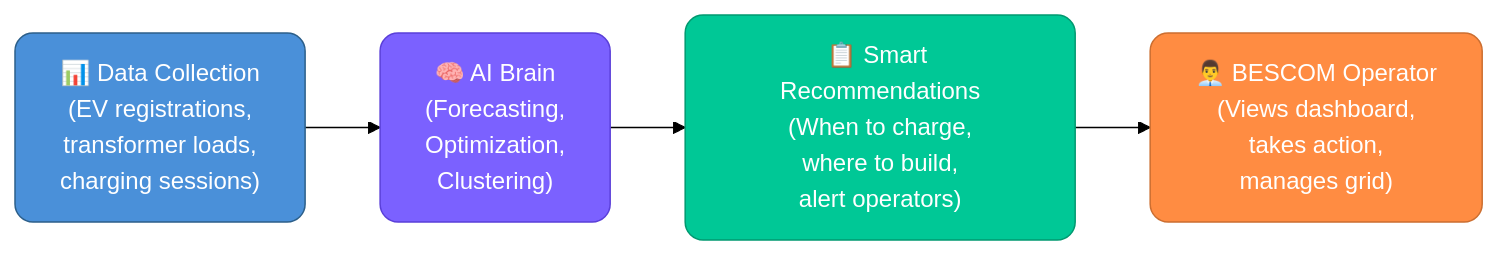
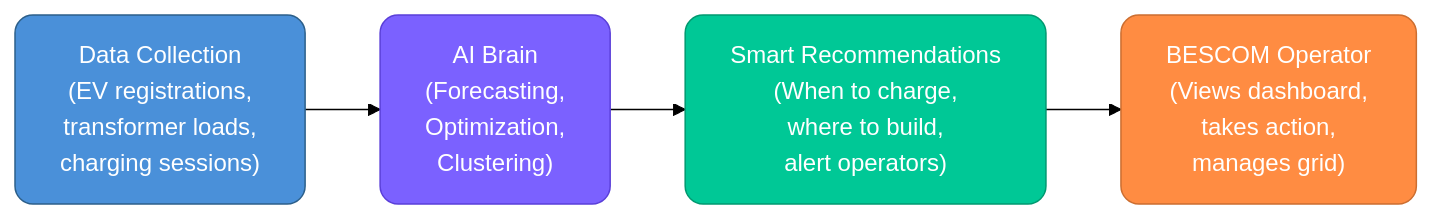
One commit to AbhimanRajCoder/VOLTARIS-AI changed the first of 9 diagrams in README.md. Above: the diagram before and after it, drawn with Mermaid (forest theme). The commit also changed other lines of this file, not shown here.

````diff
--- a/README.md
+++ b/README.md
@@ -71,11 +73,11 @@
 ```mermaid
 flowchart LR
-    A["📊 Data Collection\n(EV registrations,\ntransformer loads,\ncharging sessions)"] --> B["🧠 AI Brain\n(Forecasting,\nOptimization,\nClustering)"]
-    B --> C["📋 Smart Recommendations\n(When to charge,\nwhere to build,\nalert operators)"]
-    C --> D["👨‍💼 BESCOM Operator\n(Views dashboard,\ntakes action,\nmanages grid)"]
+  A[" Data Collection\n(EV registrations,\ntransformer loads,\ncharging sessions)"] --> B[" AI Brain\n(Forecasting,\nOptimization,\nClustering)"]
+  B --> C[" Smart Recommendations\n(When to charge,\nwhere to build,\nalert operators)"]
+  C --> D[" BESCOM Operator\n(Views dashboard,\ntakes action,\nmanages grid)"]
 
-    style A fill:#4A90D9,stroke:#2C5F8A,color:#fff,rx:12
-    style B fill:#7B61FF,stroke:#5A3FD9,color:#fff,rx:12
-    style C fill:#00C896,stroke:#009970,color:#fff,rx:12
-    style D fill:#FF8C42,stroke:#CC6E30,color:#fff,rx:12
+  style A fill:#4A90D9,stroke:#2C5F8A,color:#fff,rx:12
+  style B fill:#7B61FF,stroke:#5A3FD9,color:#fff,rx:12
+  style C fill:#00C896,stroke:#009970,color:#fff,rx:12
+  style D fill:#FF8C42,stroke:#CC6E30,color:#fff,rx:12
 ```
````
